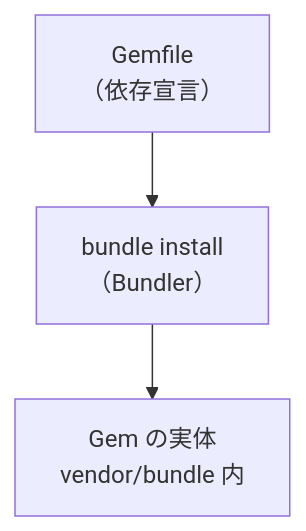
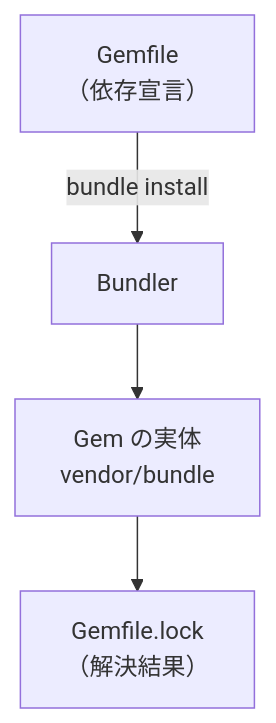
The diagram in steps/todoapp-step02-gemfile-bundler.md (oda-dot/minimal-ruby-webapp-tutorial), drawn with Mermaid before and after one commit. The commit also changed other lines of this file and 18 other files, not shown here.

````diff
--- a/steps/todoapp-step02-gemfile-bundler.md
+++ b/steps/todoapp-step02-gemfile-bundler.md
@@ -67,5 +68,6 @@
 ```mermaid
 graph TD
-  A[Gemfile<br/>（依存宣言）] --> B[bundle install<br/>（Bundler）]
-  B --> C[Gem の実体<br/>vendor/bundle 内]
+  A[Gemfile<br/>（依存宣言）] -->|bundle install| B[Bundler]
+  B --> C[Gem の実体<br/>vendor/bundle]
+  C --> D[Gemfile.lock<br/>（解決結果）]
 ```
````
